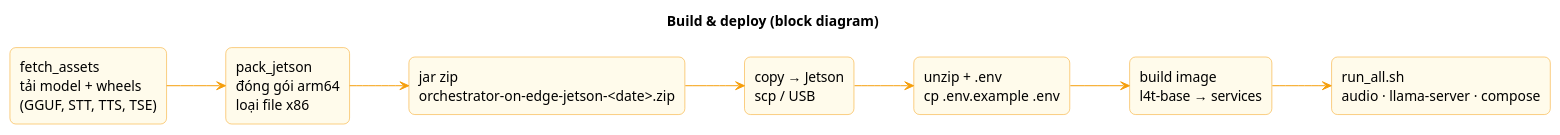
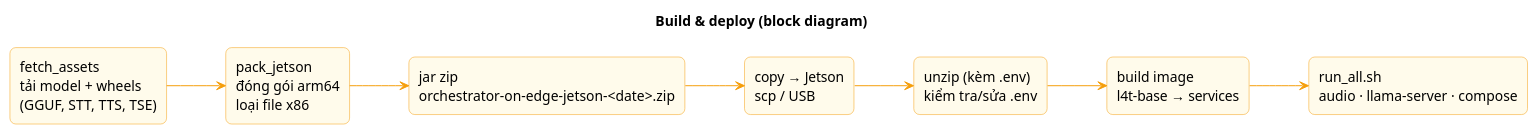
One commit to hminhphi/VoiceControl changed the third of 3 diagrams in docs/pipeline.puml. Above: the diagram before and after it, drawn with PlantUML. The commit also changed 8 other files, not shown here.

```diff
--- a/docs/pipeline.puml
+++ b/docs/pipeline.puml
@@ -70,25 +70,25 @@
 @startuml Build - block diagram
 title Build & deploy (block diagram)
 left to right direction
 skinparam rectangle {
   BackgroundColor #FFFBEB
   BorderColor #F59E0B
   RoundCorner 12
 }
 skinparam ArrowColor #F59E0B
 
 rectangle "fetch_assets\ntải model + wheels\n(GGUF, STT, TTS, TSE)" as A
 rectangle "pack_jetson\nđóng gói arm64\nloại file x86" as B
 rectangle "jar zip\norchestrator-on-edge-jetson-<date>.zip" as C
 rectangle "copy → Jetson\nscp / USB" as D
-rectangle "unzip + .env\ncp .env.example .env" as E
+rectangle "unzip (kèm .env)\nkiểm tra/sửa .env" as E
 rectangle "build image\nl4t-base → services" as F
 rectangle "run_all.sh\naudio · llama-server · compose" as G
 
 A --> B
 B --> C
 C --> D
 D --> E
 E --> F
 F --> G
 @enduml
```
